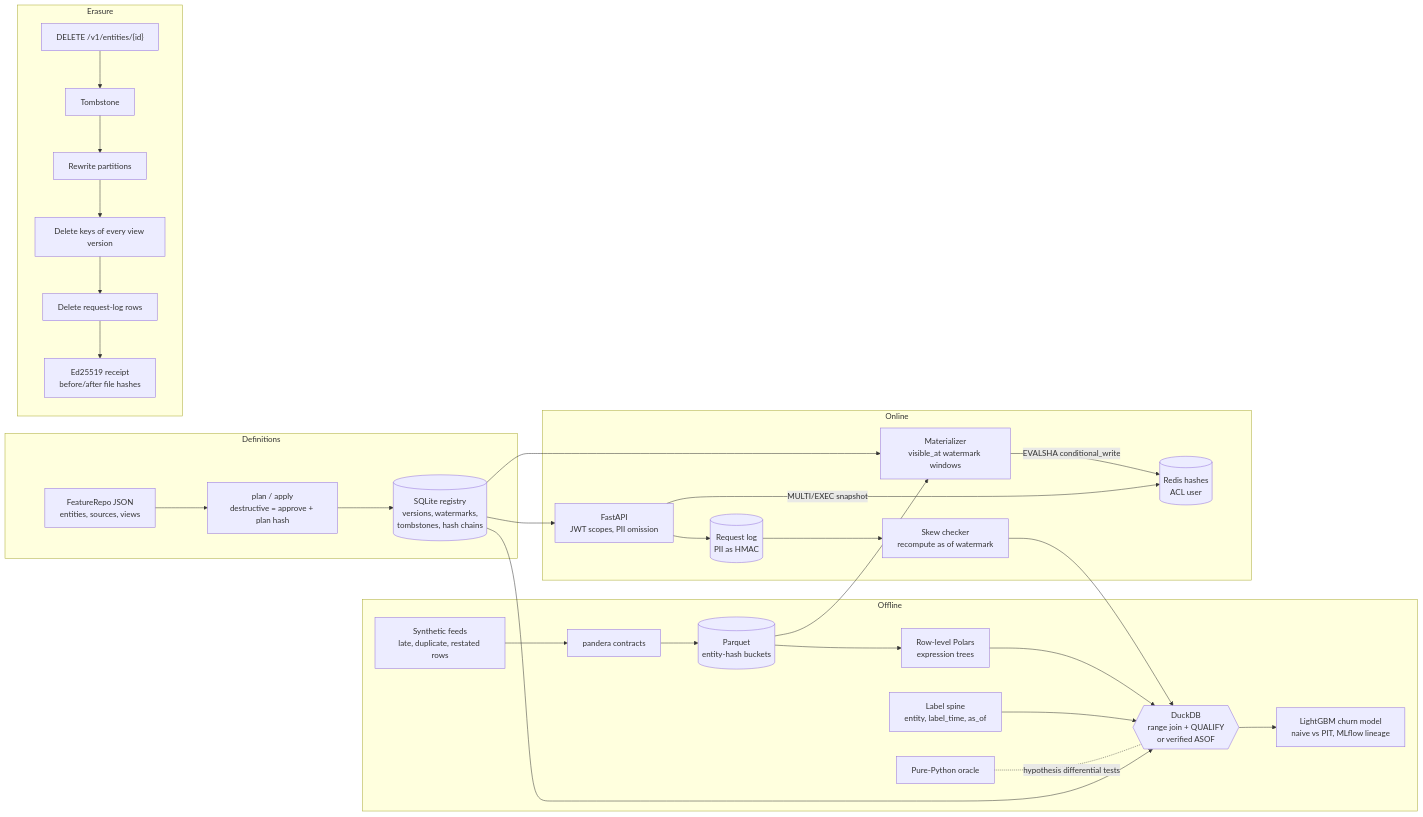
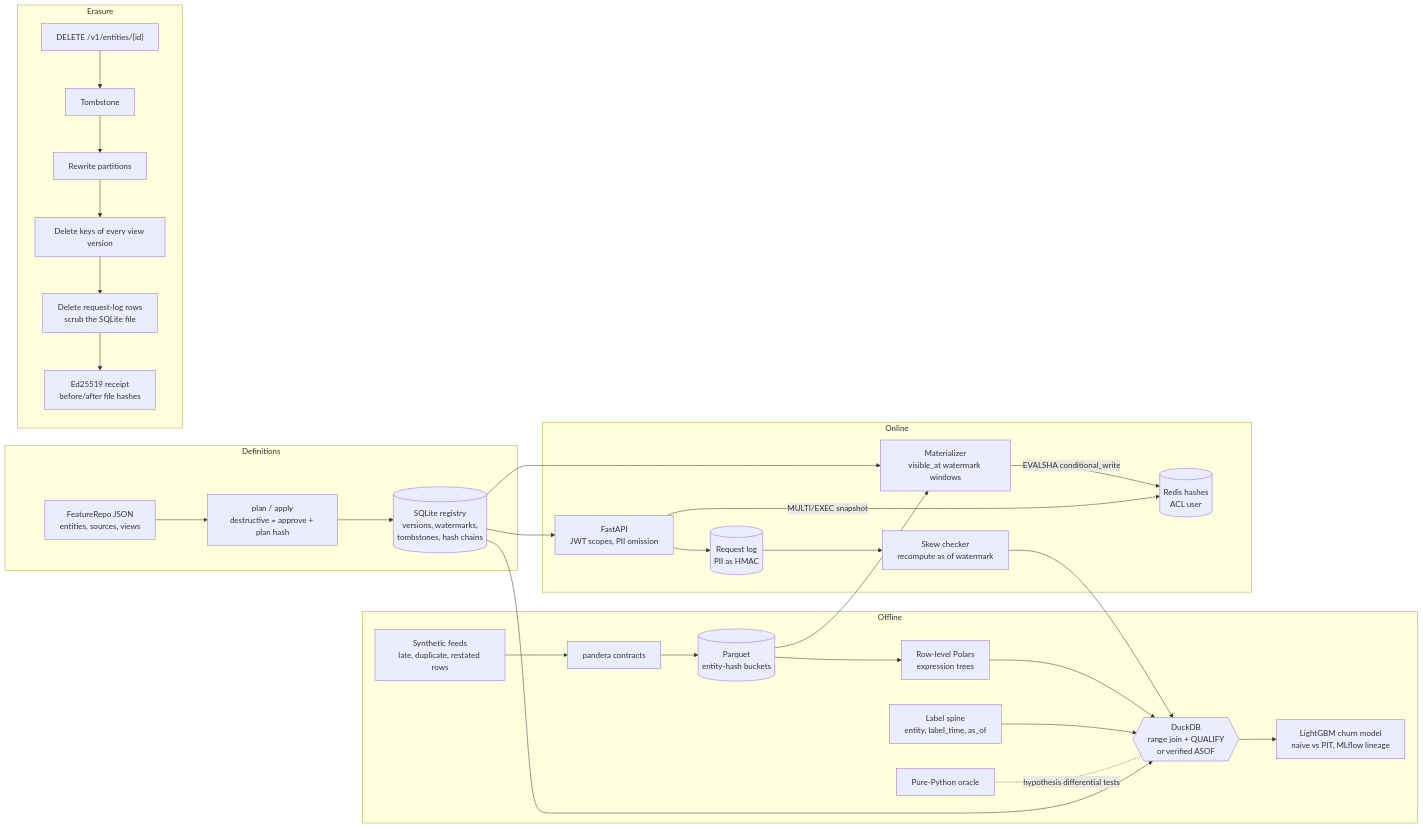
Before and after one commit to rouviere-german/point-in-time-feature-store: the diagram in README.md, drawn with Mermaid. The commit also changed other lines of this file and 5 other files, not shown here.

````diff
--- a/README.md
+++ b/README.md
@@ -27,32 +27,32 @@
 ```mermaid
 flowchart LR
     subgraph definitions["Definitions"]
         repo["FeatureRepo JSON<br/>entities, sources, views"] --> plan["plan / apply<br/>destructive = approve + plan hash"]
         plan --> registry[("SQLite registry<br/>versions, watermarks,<br/>tombstones, hash chains")]
     end
     subgraph offline["Offline"]
         feeds["Synthetic feeds<br/>late, duplicate, restated rows"] --> contracts["pandera contracts"]
         contracts --> parquet[("Parquet<br/>entity-hash buckets")]
         parquet --> features["Row-level Polars<br/>expression trees"]
         features --> join{{"DuckDB<br/>range join + QUALIFY<br/>or verified ASOF"}}
         spine["Label spine<br/>entity, label_time, as_of"] --> join
         oracle["Pure-Python oracle"] -. "hypothesis differential tests" .- join
         join --> training["LightGBM churn model<br/>naive vs PIT, MLflow lineage"]
     end
     subgraph online["Online"]
         parquet --> materializer["Materializer<br/>visible_at watermark windows"]
         materializer -- "EVALSHA conditional_write" --> redis[("Redis hashes<br/>ACL user")]
         api["FastAPI<br/>JWT scopes, PII omission"] -- "MULTI/EXEC snapshot" --> redis
         api --> reqlog[("Request log<br/>PII as HMAC")]
         reqlog --> skew["Skew checker<br/>recompute as of watermark"]
         skew --> join
     end
     subgraph erasure["Erasure"]
         delete["DELETE /v1/entities/{id}"] --> tomb["Tombstone"] --> rewrite["Rewrite partitions"]
-        rewrite --> dropkeys["Delete keys of every view version"] --> droplog["Delete request-log rows"]
+        rewrite --> dropkeys["Delete keys of every view version"] --> droplog["Delete request-log rows<br/>scrub the SQLite file"]
         droplog --> receipt["Ed25519 receipt<br/>before/after file hashes"]
     end
     registry --> join
     registry --> materializer
     registry --> api
 ```
````
